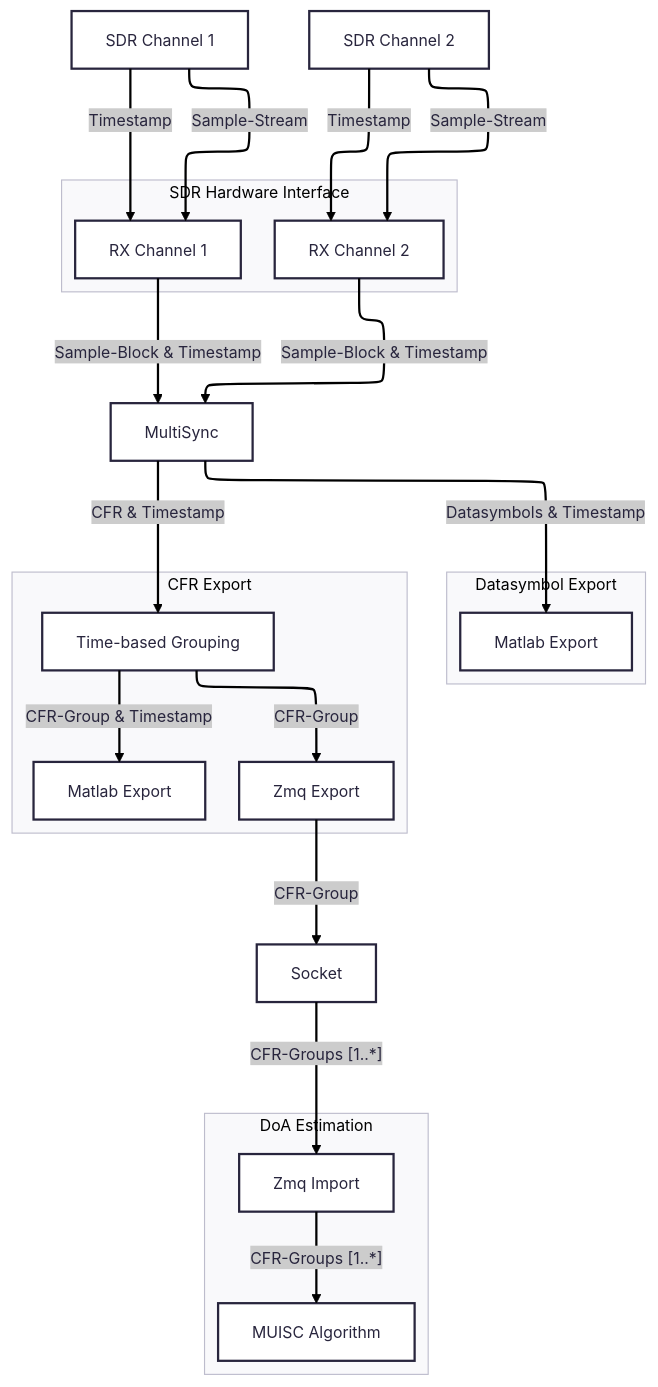
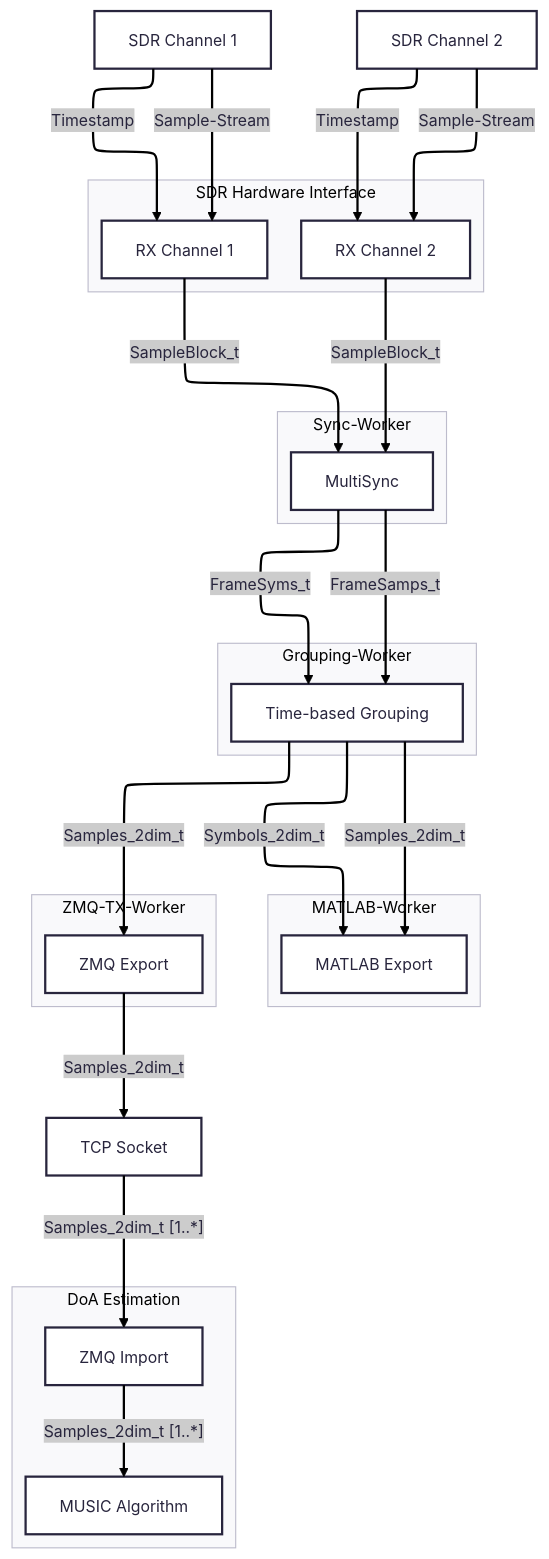
The second of 2 diagrams in README.md (F-L-X-S/doa4rfc), drawn with Mermaid before and after one commit. The commit also changed other lines of this file, not shown here.

````diff
--- a/README.md
+++ b/README.md
@@ -95,51 +110,57 @@
 ```mermaid
 ---
 config:
   look: classic
   layout: elk
   theme: redux
 ---
 flowchart TD
 Sdr1["SDR Channel 1"]
 Sdr2["SDR Channel 2"]
 subgraph HardwareInterface["SDR Hardware Interface"]
-        Rx1["RX  Channel 1"]
-        Rx2["RX  Channel 2"]
+        Rx1["RX Channel 1"]
+        Rx2["RX Channel 2"]
 end
 
-MultiSync["MultiSync"]
-Socket["Socket"]
-
-subgraph CbExport["Datasymbol Export"]
-    MatlabExportCb["Matlab Export"]
+subgraph SyncWorker["Sync-Worker"]
+    MultiSync["MultiSync"]
 end
 
-subgraph CfrExport["CFR Export"]
+subgraph GroupingWorker["Grouping-Worker"]
     Grouping["Time-based Grouping"]
-    MatlabExportCfr["Matlab Export"]
-    ZmqExportCfr["Zmq Export"]
 end
 
-subgraph DoAAlgorithm["DoA Estimation"]
-    ZmqImportCfr["Zmq Import"]
-    MusicAlg["MUISC Algorithm"]
+subgraph MatlabWorker["MATLAB-Worker"]
+    MatlabExport["MATLAB Export"]
 end
 
-Sdr1 -- Sample-Stream ---> Rx1
-Sdr2 -- Sample-Stream ---> Rx2
+subgraph ZmqTxWorker["ZMQ-TX-Worker"]
+    ZmqExport["ZMQ Export"]
+end
 
-Sdr1 -- Timestamp ---> Rx1
-Sdr2 -- Timestamp ---> Rx2
+Socket["TCP Socket"]
 
-Rx1 -- Sample-Block & Timestamp ---> MultiSync
-Rx2 -- Sample-Block & Timestamp ---> MultiSync
+subgraph DoAAlgorithm["DoA Estimation"]
+    ZmqImport["ZMQ Import"]
+    MusicAlg["MUSIC Algorithm"]
+end
 
-MultiSync -- Datasymbols & Timestamp ---> MatlabExportCb
-MultiSync -- CFR & Timestamp ---> Grouping
-Grouping -- CFR-Group & Timestamp ---> MatlabExportCfr
-Grouping -- CFR-Group ---> ZmqExportCfr
-ZmqExportCfr  -- CFR-Group ---> Socket
-Socket -- CFR-Groups [1..*] --->ZmqImportCfr
-ZmqImportCfr -- CFR-Groups [1..*] ---> MusicAlg
+Sdr1 -- "Sample-Stream" ---> Rx1
+Sdr2 -- "Sample-Stream" ---> Rx2
+
+Sdr1 -- "Timestamp" ---> Rx1
+Sdr2 -- "Timestamp" ---> Rx2
+
+Rx1 -- "SampleBlock_t" ---> MultiSync
+Rx2 -- "SampleBlock_t" ---> MultiSync
+
+MultiSync -- "FrameSamps_t" ---> Grouping
+MultiSync -- "FrameSyms_t" ---> Grouping
+Grouping -- "Samples_2dim_t" ---> ZmqExport
+Grouping -- "Samples_2dim_t" ---> MatlabExport
+Grouping -- "Symbols_2dim_t" ---> MatlabExport
+ZmqExport -- "Samples_2dim_t" ---> Socket
+Socket -- "Samples_2dim_t [1..*]" ---> ZmqImport
+ZmqImport -- "Samples_2dim_t [1..*]" ---> MusicAlg
 
 ```
````
